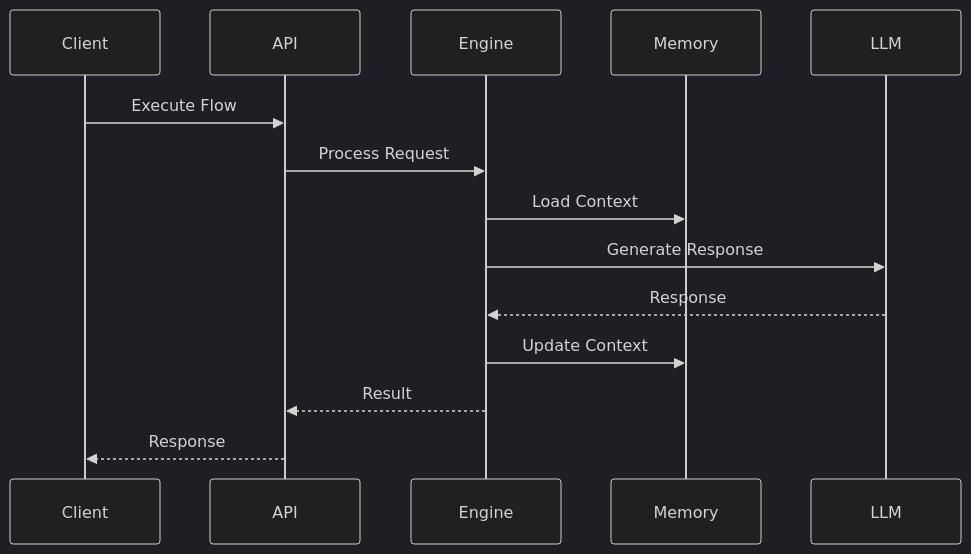
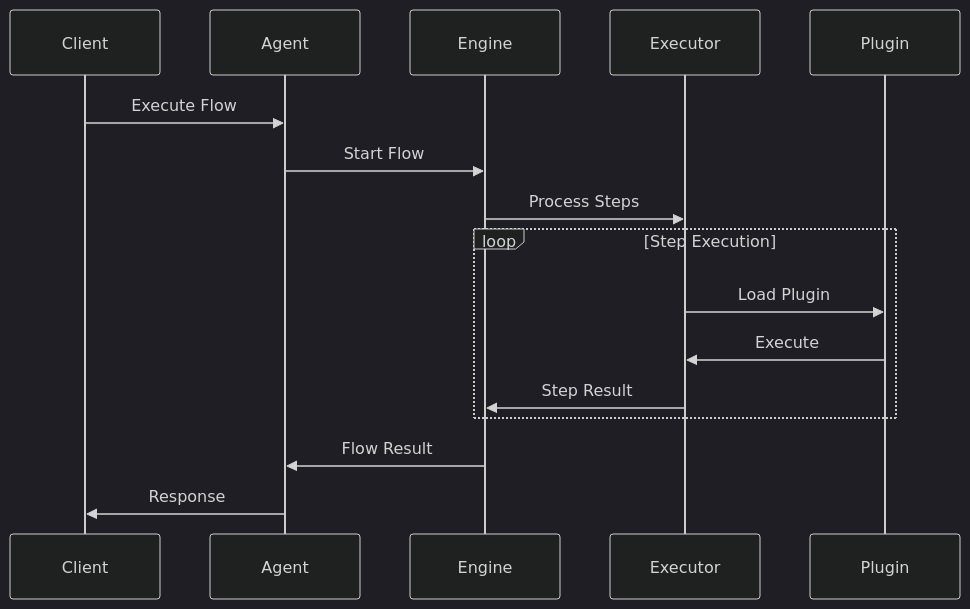
Before and after one commit to edsonmartins/archflow: the second of 2 diagrams in docs/architecture/architecture.md, drawn with Mermaid (dark theme). The commit also changed other lines of this file and 26 other files, not shown here.

````diff
--- a/docs/architecture/architecture.md
+++ b/docs/architecture/architecture.md
@@ -168,17 +151,21 @@
 ```mermaid
 sequenceDiagram
     participant Client
-    participant API
+    participant Agent
     participant Engine
-    participant Memory
-    participant LLM
+    participant Executor
+    participant Plugin
     
-    Client->>API: Execute Flow
-    API->>Engine: Process Request
-    Engine->>Memory: Load Context
-    Engine->>LLM: Generate Response
-    LLM-->>Engine: Response
-    Engine->>Memory: Update Context
-    Engine-->>API: Result
-    API-->>Client: Response
+    Client->>Agent: Execute Flow
+    Agent->>Engine: Start Flow
+    Engine->>Executor: Process Steps
+    
+    loop Step Execution
+        Executor->>Plugin: Load Plugin
+        Plugin->>Executor: Execute
+        Executor->>Engine: Step Result
+    end
+    
+    Engine->>Agent: Flow Result
+    Agent->>Client: Response
 ```
````
